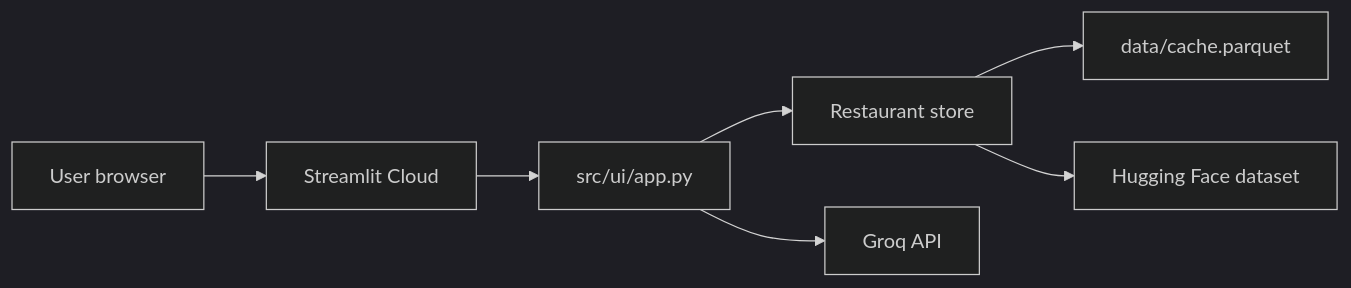
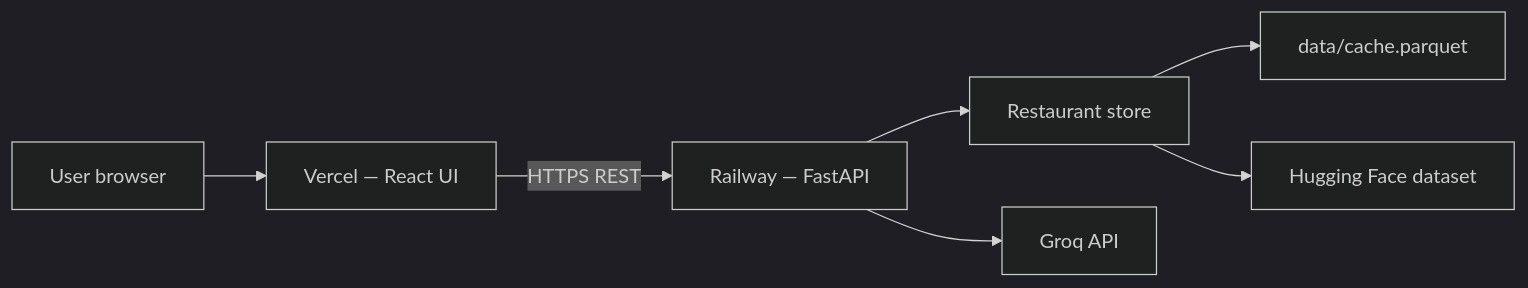
One commit to prathammm16/ZOMATO-MILESTONE changed the diagram in Docs/deployment-plan.md. Above: the diagram before and after it, drawn with Mermaid (dark theme). The commit also changed other lines of this file and 12 other files, not shown here.

Commit message:
Add Railway and Vercel deployment support for FastAPI backend and React frontend

````diff
--- a/Docs/deployment-plan.md
+++ b/Docs/deployment-plan.md
@@ -21,9 +26,9 @@
 ```mermaid
 flowchart LR
-    User[User browser] --> SC[Streamlit Cloud]
-    SC --> App[src/ui/app.py]
-    App --> Store[Restaurant store]
+    User[User browser] --> Vercel[Vercel — React UI]
+    Vercel -->|HTTPS REST| Railway[Railway — FastAPI]
+    Railway --> Store[Restaurant store]
     Store --> Cache[data/cache.parquet]
     Store --> HF[Hugging Face dataset]
-    App --> Groq[Groq API]
+    Railway --> Groq[Groq API]
 ```
````
